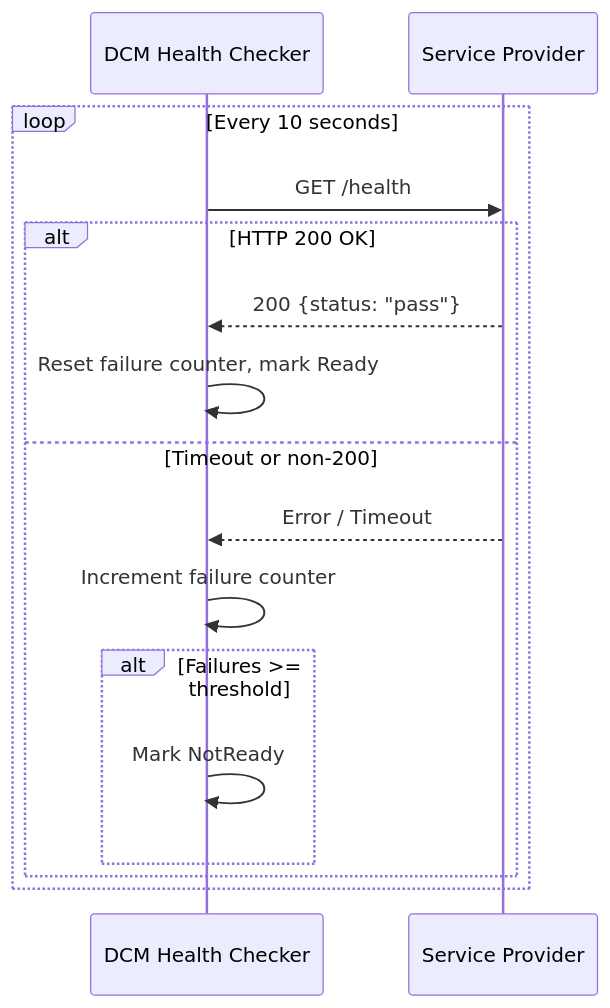
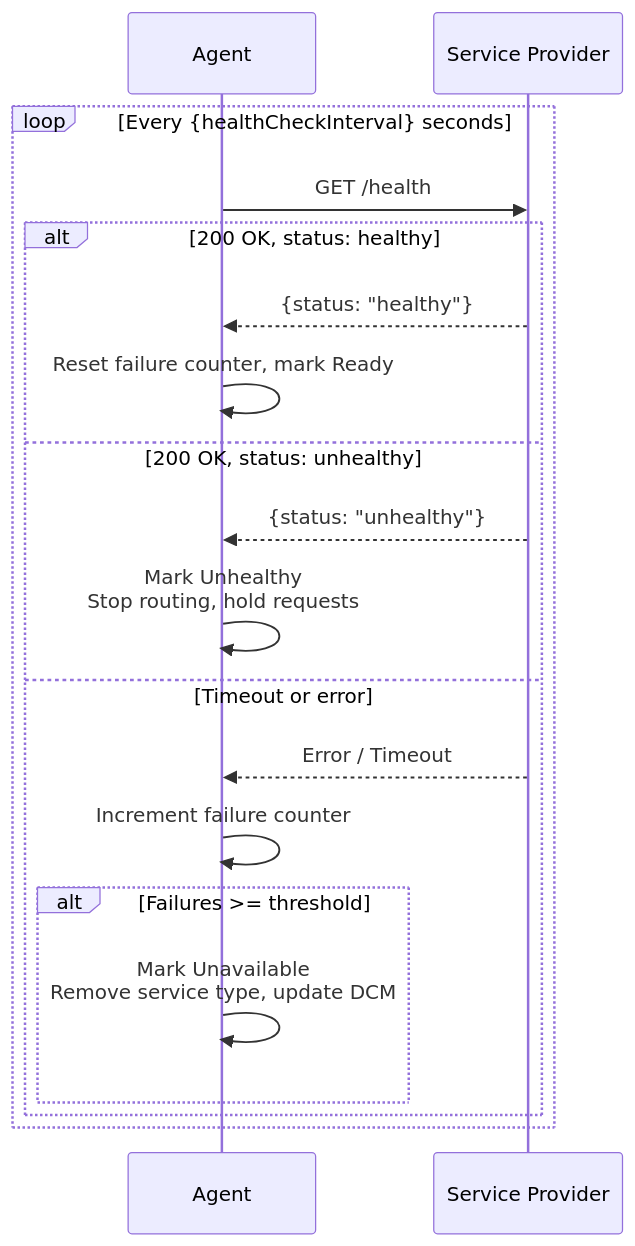
Before and after one commit to dcm-project/enhancements: the tenth of 23 diagrams in enhancements/user-flows/user-flows.md, drawn with Mermaid. The commit also changed other lines of this file and 7 other files, not shown here.

````diff
--- a/enhancements/user-flows/user-flows.md
+++ b/enhancements/user-flows/user-flows.md
@@ -537,19 +667,22 @@
 ```mermaid
 sequenceDiagram
-    participant DCM as DCM Health Checker
+    participant AG as Agent
     participant SP as Service Provider
 
-    loop Every 10 seconds
-        DCM->>SP: GET /health
-        alt HTTP 200 OK
-            SP-->>DCM: 200 {status: "pass"}
-            DCM->>DCM: Reset failure counter, mark Ready
-        else Timeout or non-200
-            SP-->>DCM: Error / Timeout
-            DCM->>DCM: Increment failure counter
+    loop Every {healthCheckInterval} seconds
+        AG->>SP: GET /health
+        alt 200 OK, status: healthy
+            SP-->>AG: {status: "healthy"}
+            AG->>AG: Reset failure counter, mark Ready
+        else 200 OK, status: unhealthy
+            SP-->>AG: {status: "unhealthy"}
+            AG->>AG: Mark Unhealthy<br/>Stop routing, hold requests
+        else Timeout or error
+            SP-->>AG: Error / Timeout
+            AG->>AG: Increment failure counter
             alt Failures >= threshold
-                DCM->>DCM: Mark NotReady
+                AG->>AG: Mark Unavailable<br/>Remove service type, update DCM
             end
         end
     end
 ```
````
